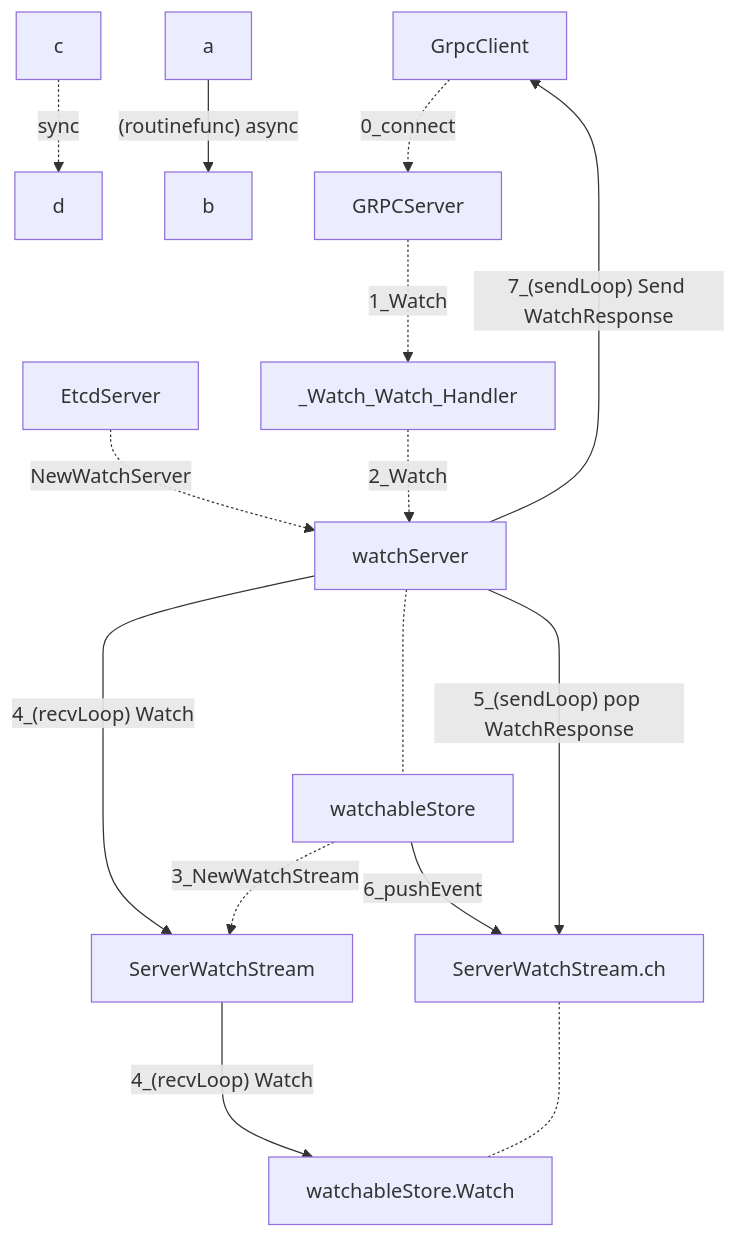
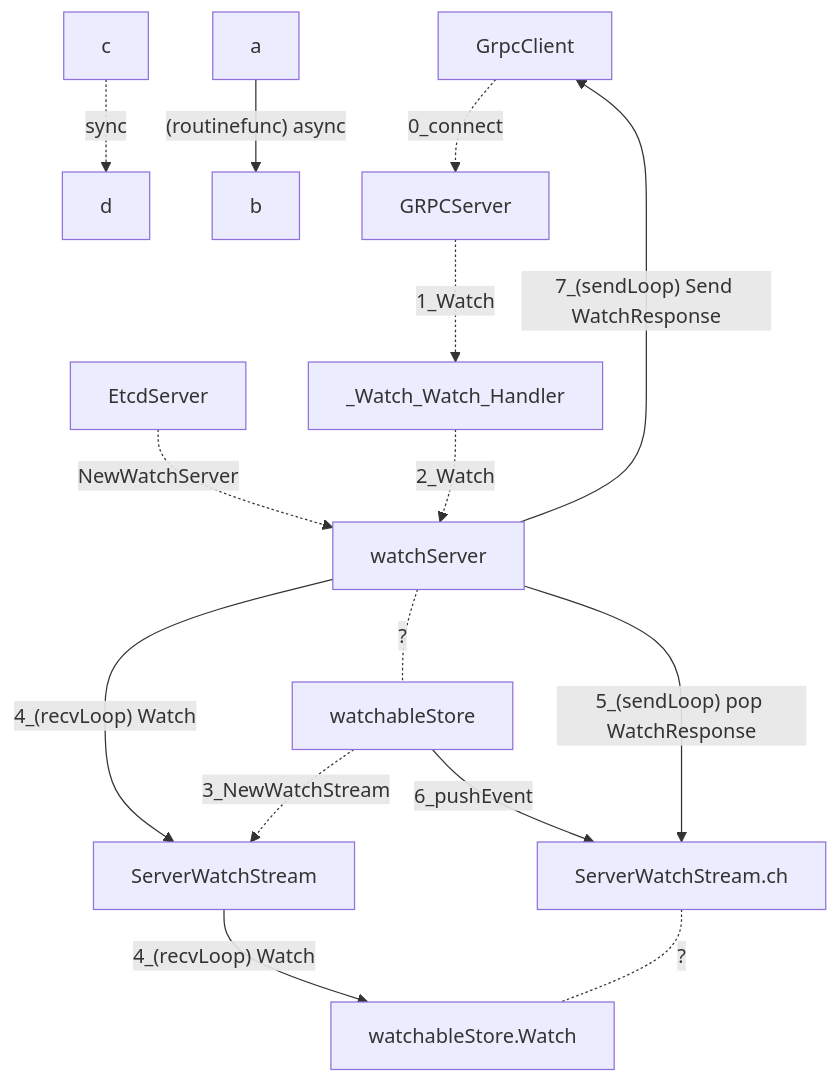
One commit to hahagan/study changed the first of 2 diagrams in search/etcd/etcd watch原理.md. Above: the diagram before and after it, drawn with Mermaid. The commit also changed other lines of this file and 5 other files, not shown here.

````diff
--- a/search/etcd/etcd watch原理.md
+++ b/search/etcd/etcd watch原理.md
@@ -20,30 +20,30 @@
 ```mermaid
 flowchart TD
 
 c -.sync.-> d
 a --"(routinefunc) async"-->b
 
 
 
 GrpcClient -.0_connect.->GRPCServer
 
 GRPCServer -.1_Watch.-> _Watch_Watch_Handler
  EtcdServer -.NewWatchServer.-> watchServer
 _Watch_Watch_Handler -.2_Watch.-> watchServer
 
-watchServer -..- watchableStore
+watchServer -.?.- watchableStore
 watchServer --"4_(recvLoop) Watch" --> ServerWatchStream
 watchableStore -.3_NewWatchStream.-> ServerWatchStream
 
 ServerWatchStream --"4_(recvLoop) Watch"--> watchableStore.Watch
 
 watchableStore --6_pushEvent--> ServerWatchStream.ch
 watchServer --"5_(sendLoop) pop WatchResponse"-->  ServerWatchStream.ch
 watchServer --"7_(sendLoop) Send WatchResponse"--> GrpcClient
 
- ServerWatchStream.ch ..- watchableStore.Watch
+ ServerWatchStream.ch -.?.- watchableStore.Watch
  
 
  
 
 ```
````
